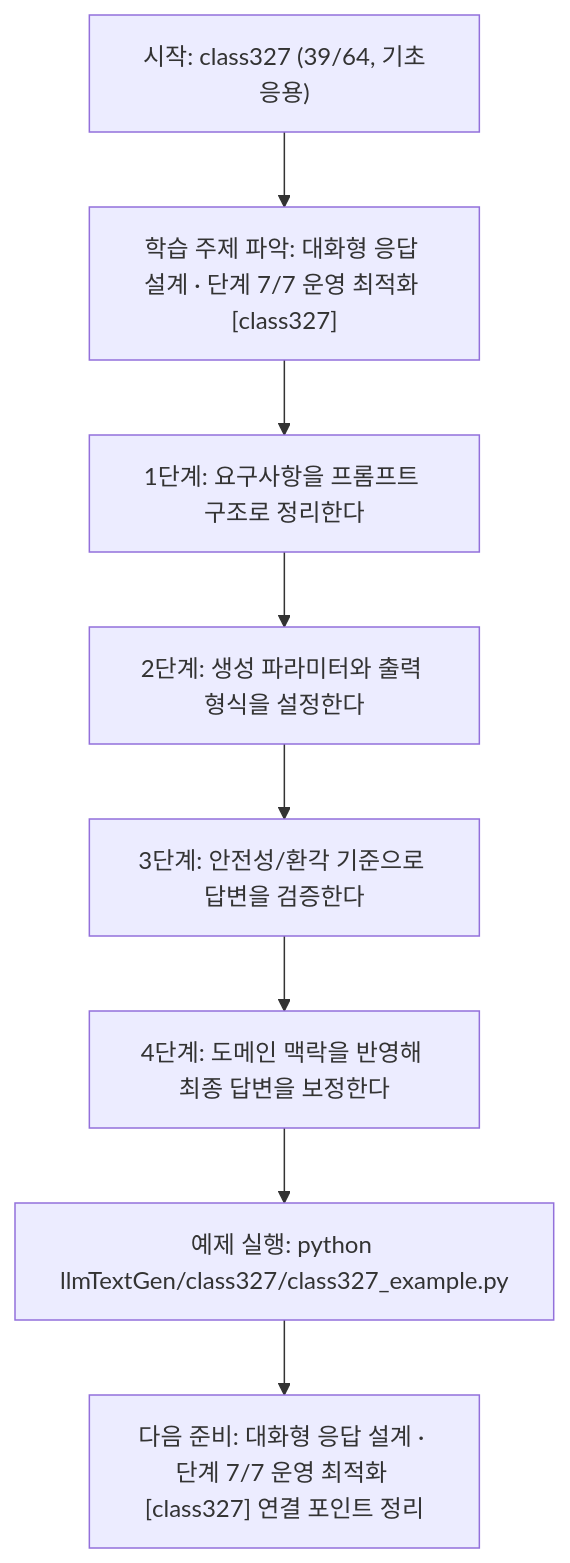
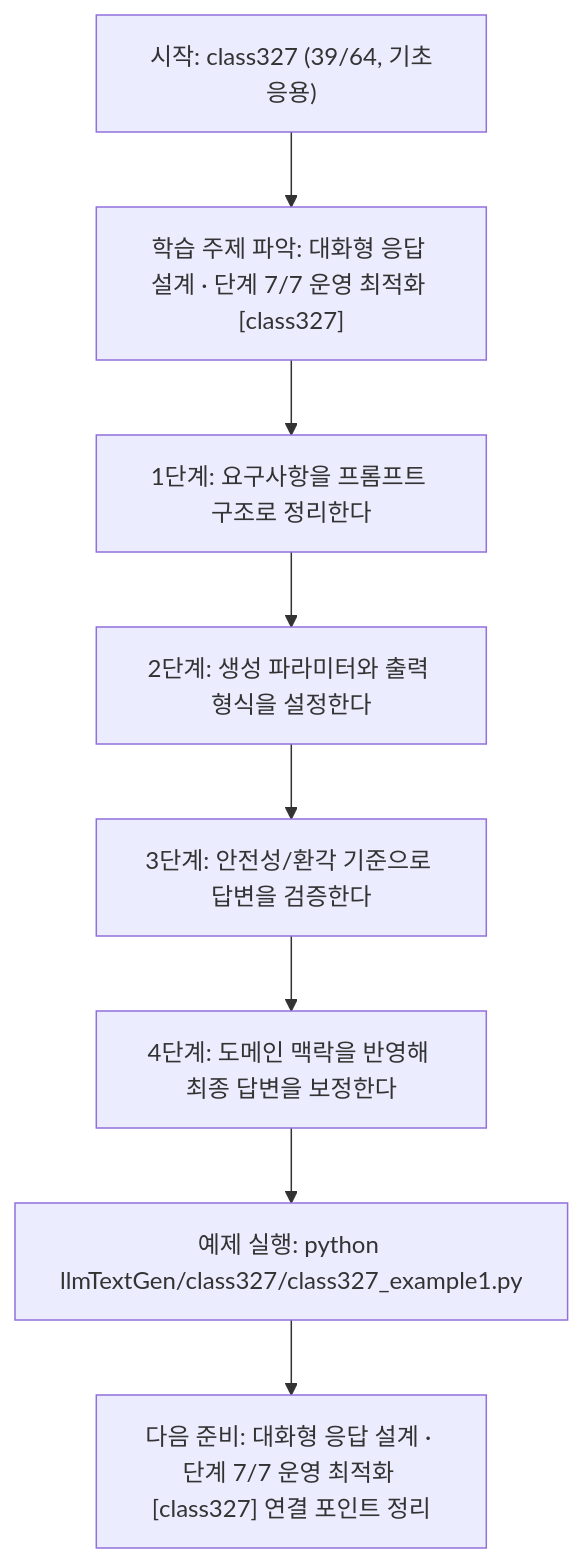
The diagram in llmTextGen/class327/class327.md (edumgt/Python-AI_Agent-Class), drawn with Mermaid before and after one commit. The commit also changed other lines of this file and 2959 other files, not shown here.

````diff
--- a/llmTextGen/class327/class327.md
+++ b/llmTextGen/class327/class327.md
@@ -114,18 +114,18 @@
 ```mermaid
 flowchart TD
 N1["시작: class327 (39/64, 기초응용)"]
 N2["학습 주제 파악: 대화형 응답 설계 · 단계 7/7 운영 최적화 [class327]"]
 N3["1단계: 요구사항을 프롬프트 구조로 정리한다"]
 N4["2단계: 생성 파라미터와 출력 형식을 설정한다"]
 N5["3단계: 안전성/환각 기준으로 답변을 검증한다"]
 N6["4단계: 도메인 맥락을 반영해 최종 답변을 보정한다"]
-N7["예제 실행: python llmTextGen/class327/class327_example.py"]
+N7["예제 실행: python llmTextGen/class327/class327_example1.py"]
 N8["다음 준비: 대화형 응답 설계 · 단계 7/7 운영 최적화 [class327] 연결 포인트 정리"]
 N1 --> N2
 N2 --> N3
 N3 --> N4
 N4 --> N5
 N5 --> N6
 N6 --> N7
 N7 --> N8
 ```
````
